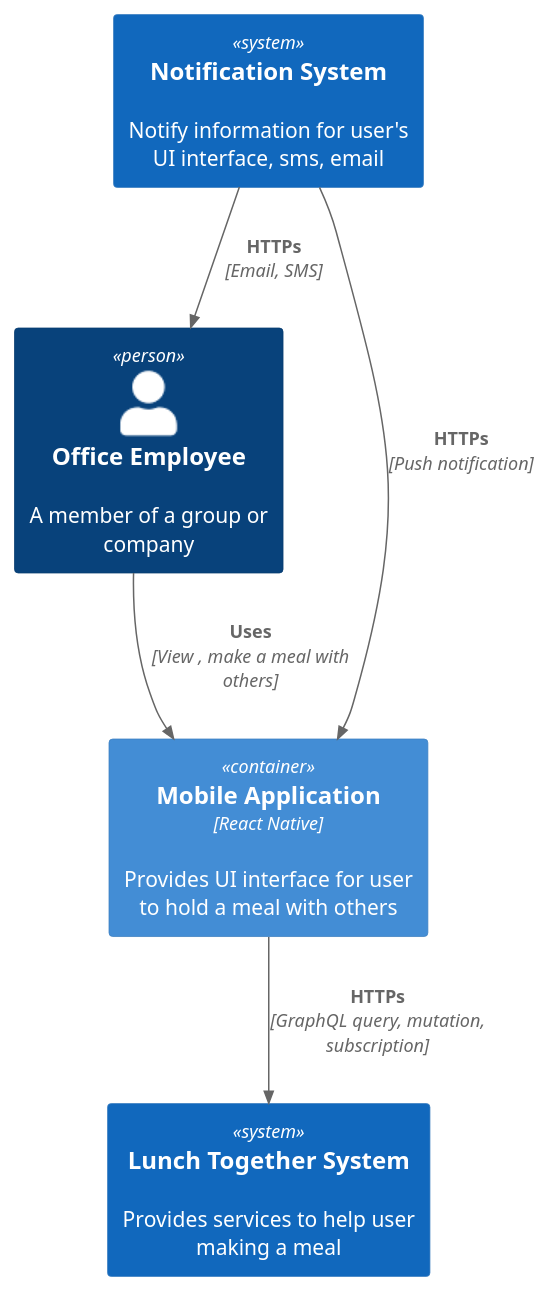
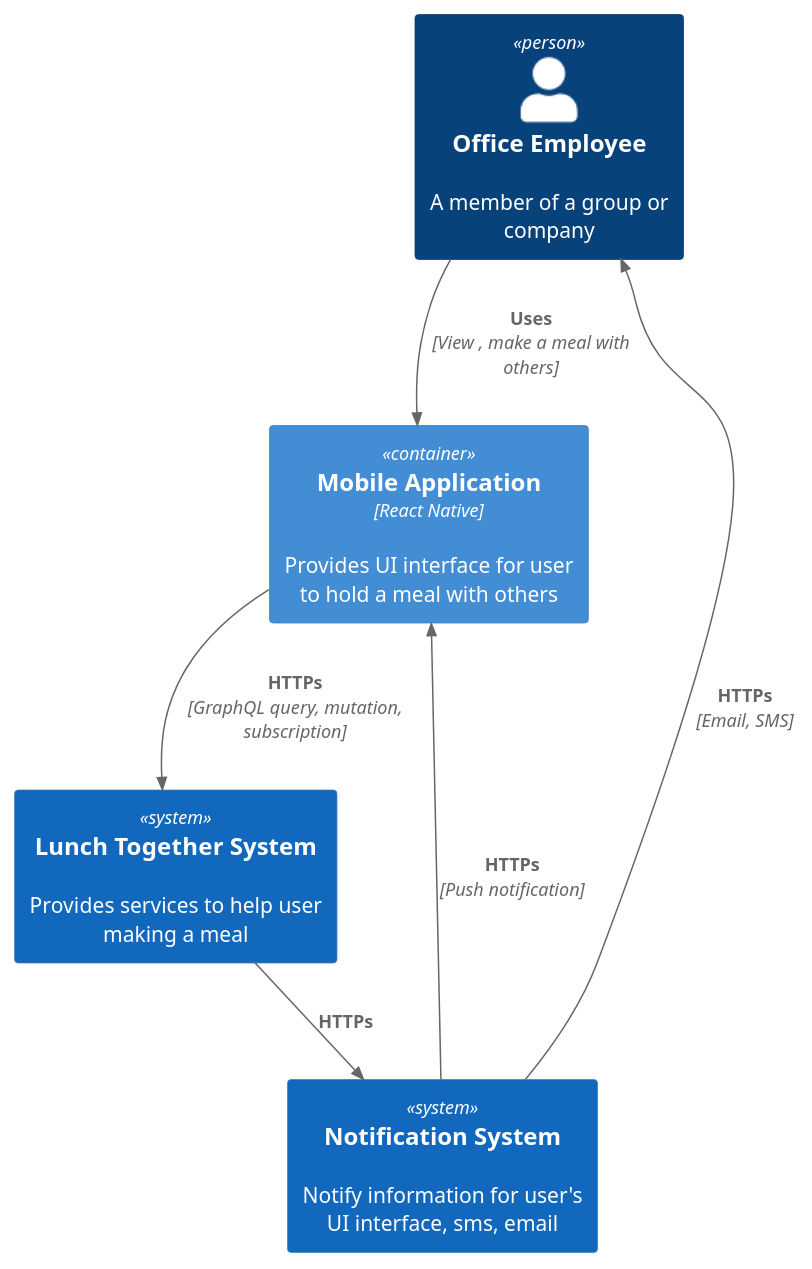
One commit to thinhkhang97/lunch-together-api changed the diagram in docs/c4/lunch-together-system.puml. Above: the diagram before and after it, drawn with PlantUML.

Commit message:
docs(app): update system context uml

```diff
--- a/docs/c4/lunch-together-system.puml
+++ b/docs/c4/lunch-together-system.puml
@@ -1,13 +1,14 @@
 @startuml C4_Elements
 !include https://raw.githubusercontent.com/plantuml-stdlib/C4-PlantUML/master/C4_Container.puml
 
 Person(personAlias, "Office Employee", "A member of a group or company")
 Container(applicationAlias, "Mobile Application", "React Native", "Provides UI interface for user to hold a meal with others")
 System(ltSystemAlias, "Lunch Together System", "Provides services to help user making a meal")
 System(notificationSystemAlias, "Notification System", "Notify information for user's UI interface, sms, email")
 
 Rel(personAlias, applicationAlias, "Uses", "View , make a meal with others")
 Rel(applicationAlias, ltSystemAlias, "HTTPs", "GraphQL query, mutation, subscription")
 Rel(notificationSystemAlias, applicationAlias, "HTTPs", "Push notification")
 Rel(notificationSystemAlias, personAlias, "HTTPs", "Email, SMS")
+Rel(ltSystemAlias, notificationSystemAlias, "HTTPs", "", "" )
 @enduml
```
